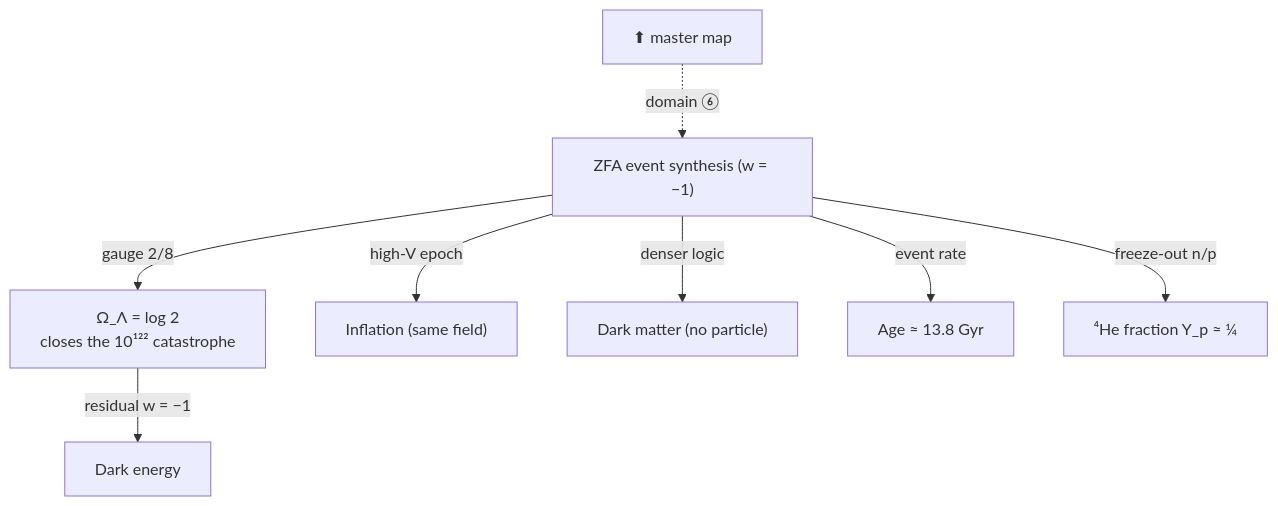
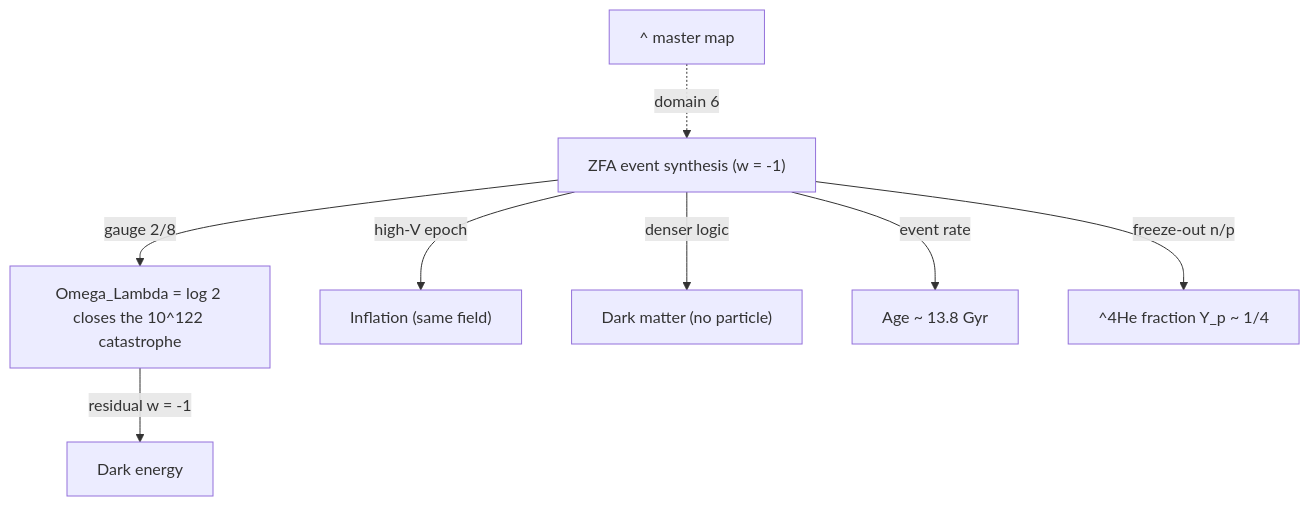
One commit to jimscarver/quantum-logical-framework changed the seventh of 11 diagrams in FlowChart.md. Above: the diagram before and after it, drawn with Mermaid. The commit also changed other lines of this file, not shown here.

First line of the commit message:
FlowChart.md: flatten <br/> and all unicode to ASCII in Mermaid blocks (render robustness)

````diff
--- a/FlowChart.md
+++ b/FlowChart.md
@@ -136,10 +136,10 @@
 ```mermaid
 flowchart TD
-  H6["⬆ master map"] -.->|"domain ⑥"| EV["ZFA event synthesis (w = −1)"]
-  EV -->|"gauge 2/8"| OL["Ω_Λ = log 2<br/>closes the 10¹²² catastrophe"]
+  H6["^ master map"] -.->|"domain 6"| EV["ZFA event synthesis (w = -1)"]
+  EV -->|"gauge 2/8"| OL["Omega_Lambda = log 2 closes the 10^122 catastrophe"]
   EV -->|"high-V epoch"| IN["Inflation (same field)"]
   EV -->|"denser logic"| DM["Dark matter (no particle)"]
-  OL -->|"residual w = −1"| DE["Dark energy"]
-  EV -->|"event rate"| AGE["Age ≈ 13.8 Gyr"]
-  EV -->|"freeze-out n/p"| NS["⁴He fraction Y_p ≈ ¼"]
+  OL -->|"residual w = -1"| DE["Dark energy"]
+  EV -->|"event rate"| AGE["Age ~ 13.8 Gyr"]
+  EV -->|"freeze-out n/p"| NS["^4He fraction Y_p ~ 1/4"]
 ```
````
